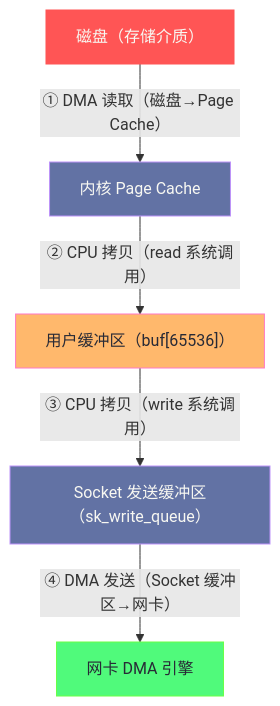
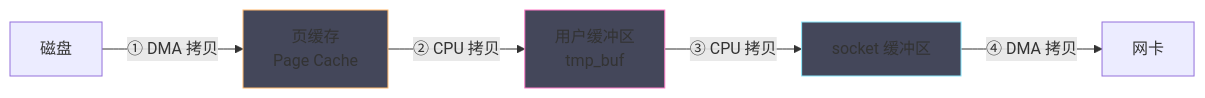
One commit to hpliStartAgain/my-brain changed the first of 6 diagrams in content/Linux/网络协议栈与IO/05 零拷贝技术全景——sendfile、splice 与 DMA gather.md. Above: the diagram before and after it, drawn with Mermaid. The commit also changed other lines of this file and 47 other files, not shown here.

````diff
--- a/content/Linux/网络协议栈与IO/05 零拷贝技术全景——sendfile、splice 与 DMA gather.md
+++ b/content/Linux/网络协议栈与IO/05 零拷贝技术全景——sendfile、splice 与 DMA gather.md
@@ -33,19 +22,11 @@
 ```mermaid
 %%{init: {'theme': 'dracula'}}%%
-graph TD
-    classDef disk fill:#ff5555,stroke:#ff5555,color:#f8f8f2
-    classDef kernel fill:#6272a4,stroke:#bd93f9,color:#f8f8f2
-    classDef user fill:#ffb86c,stroke:#ff79c6,color:#282a36
-    classDef nic fill:#50fa7b,stroke:#69ff47,color:#282a36
-
-    DISK["磁盘（存储介质）"]:::disk
-    PC["内核 Page Cache"]:::kernel
-    UBUF["用户缓冲区（buf[65536]）"]:::user
-    SBUF["Socket 发送缓冲区（sk_write_queue）"]:::kernel
-    NIC["网卡 DMA 引擎"]:::nic
-
-    DISK -->|"① DMA 读取（磁盘→Page Cache）"| PC
-    PC -->|"② CPU 拷贝（read 系统调用）"| UBUF
-    UBUF -->|"③ CPU 拷贝（write 系统调用）"| SBUF
-    SBUF -->|"④ DMA 发送（Socket 缓冲区→网卡）"| NIC
+flowchart LR
+    DISK["磁盘"] -->|① DMA 拷贝| PC["页缓存<br/>Page Cache"]
+    PC -->|② CPU 拷贝| UB["用户缓冲区<br/>tmp_buf"]
+    UB -->|③ CPU 拷贝| SB["socket 缓冲区"]
+    SB -->|④ DMA 拷贝| NIC["网卡"]
+    style PC fill:#44475a,stroke:#ffb86c
+    style UB fill:#44475a,stroke:#ff79c6
+    style SB fill:#44475a,stroke:#8be9fd
 ```
````
